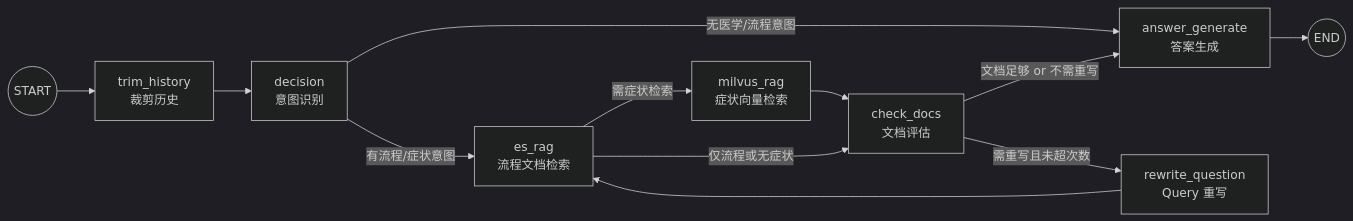
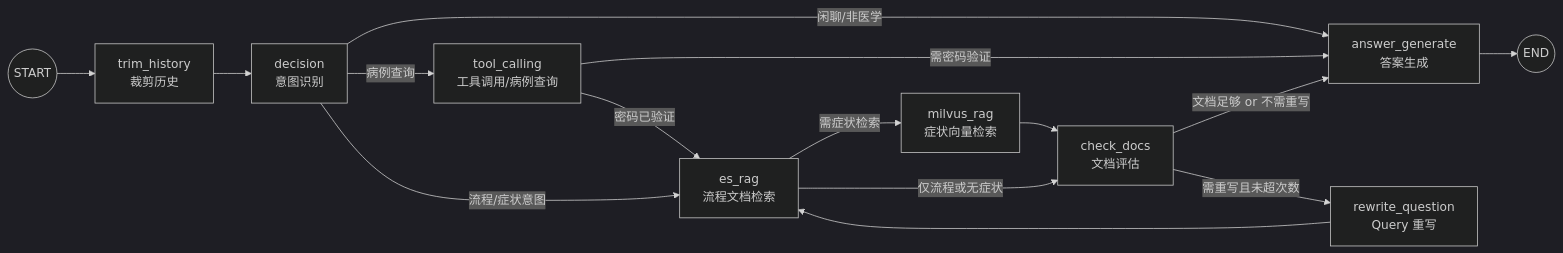
One commit to lobokiol/InitialArchitectureForMedicalAgent changed the third of 3 diagrams in 项目总结.md. Above: the diagram before and after it, drawn with Mermaid (dark theme). The commit also changed other lines of this file, not shown here.

Commit message:
docs: 更新项目总结，添加 tool_calling 病例查询功能

````diff
--- a/项目总结.md
+++ b/项目总结.md
@@ -79,25 +79,30 @@
 ```mermaid
 flowchart LR
     START((START))
     TRIM[trim_history<br/>裁剪历史]
     DECISION[decision<br/>意图识别]
+    TOOL[tool_calling<br/>工具调用/病例查询]
     ES_RAG[es_rag<br/>流程文档检索]
     MILVUS_RAG[milvus_rag<br/>症状向量检索]
     CHECK[check_docs<br/>文档评估]
     REWRITE[rewrite_question<br/>Query 重写]
     ANSWER[answer_generate<br/>答案生成]
     END((END))
 
     START --> TRIM --> DECISION
 
-    DECISION -->|无医学/流程意图| ANSWER
-    DECISION -->|有流程/症状意图| ES_RAG
+    DECISION -->|闲聊/非医学| ANSWER
+    DECISION -->|病例查询| TOOL
+    DECISION -->|流程/症状意图| ES_RAG
+
+    TOOL -->|需密码验证| ANSWER
+    TOOL -->|密码已验证| ES_RAG
 
     ES_RAG -->|需症状检索| MILVUS_RAG --> CHECK
     ES_RAG -->|仅流程或无症状| CHECK
 
     CHECK -->|文档足够 or 不需重写| ANSWER
     CHECK -->|需重写且未超次数| REWRITE --> ES_RAG
 
     ANSWER --> END
 ```
````
